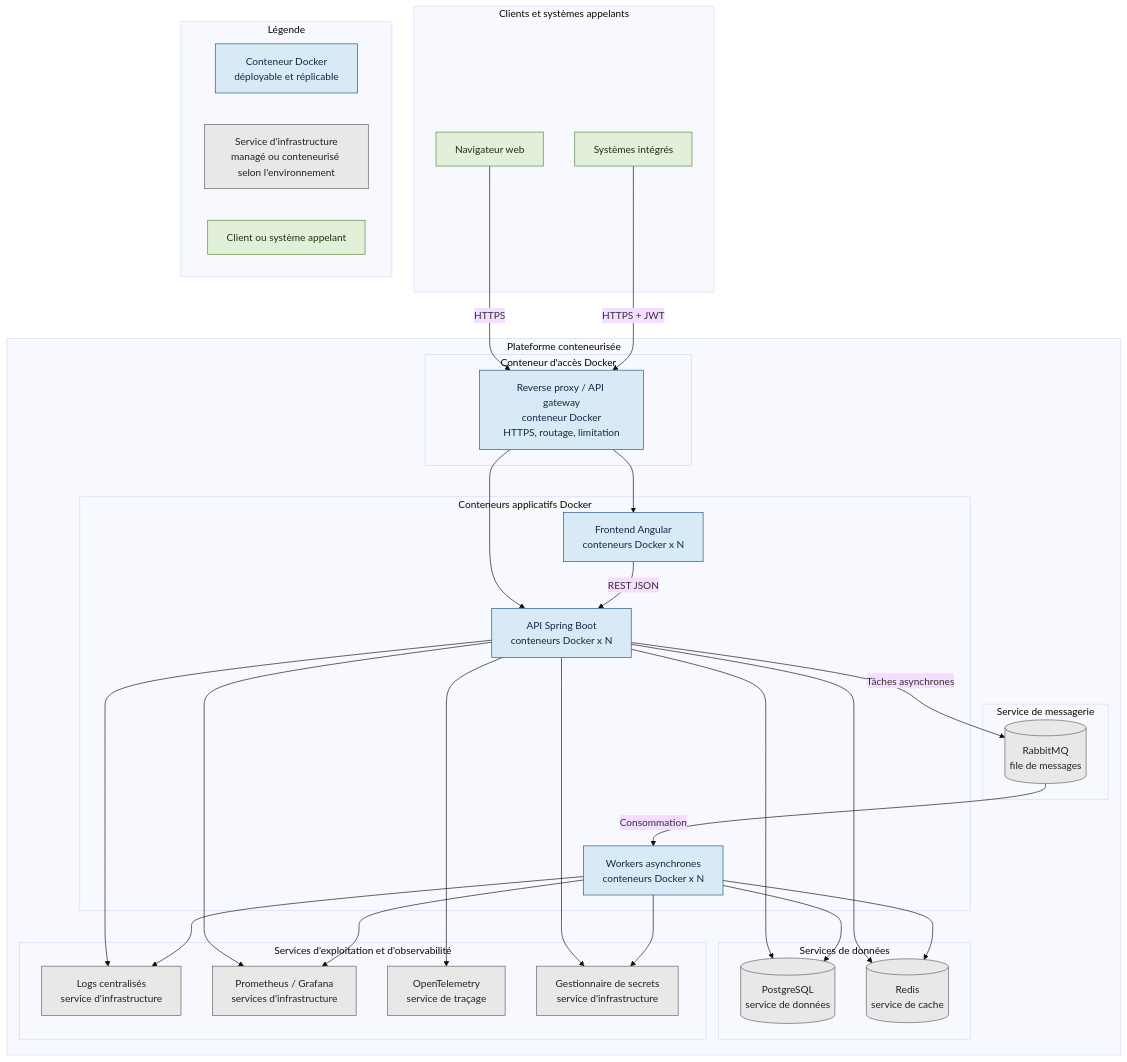
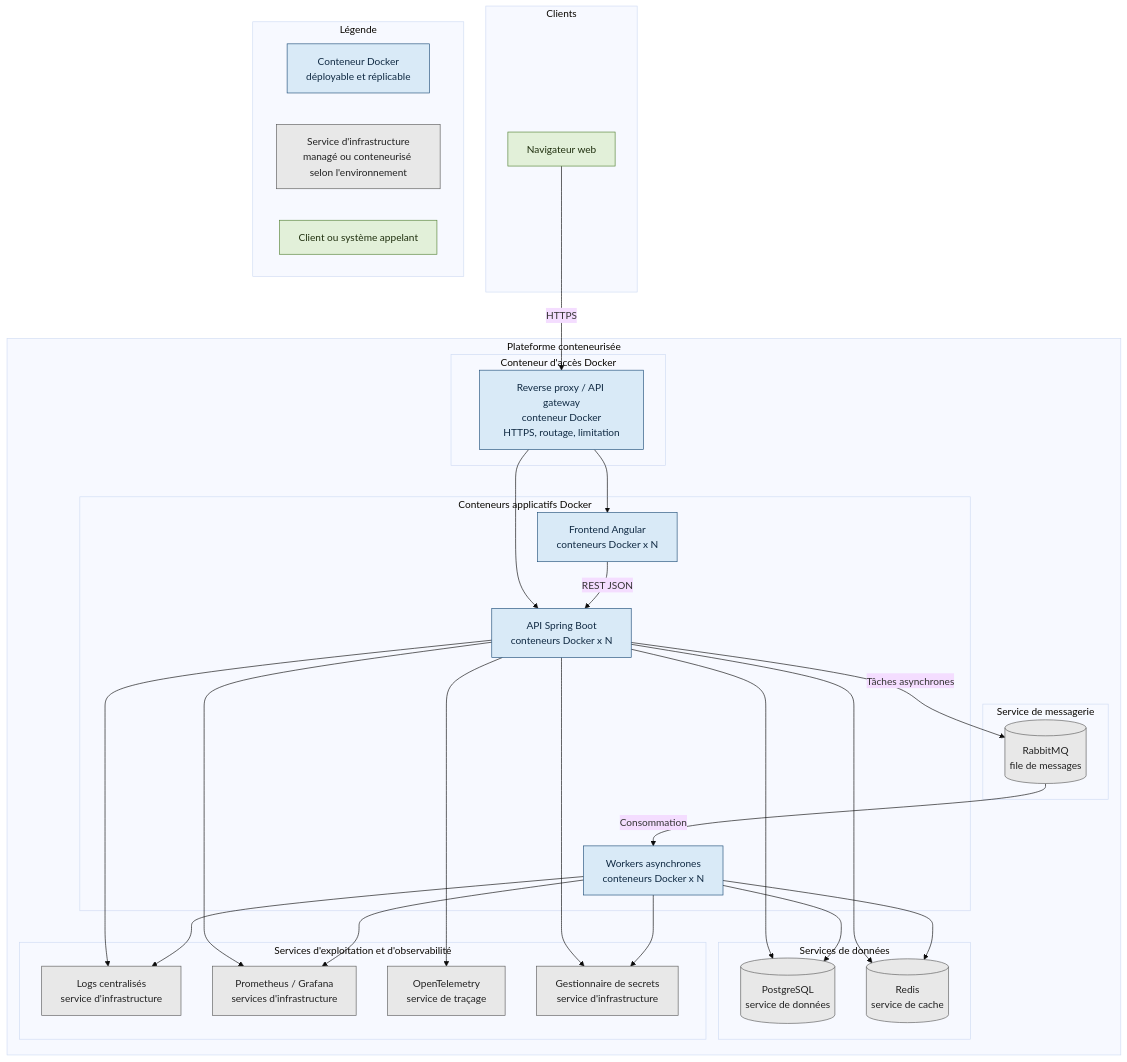
Before and after one commit to Kevin-Renault/Projet-10: the first of 8 diagrams in Livrables/Proposition-Architecture.md, drawn with Mermaid (base theme). The commit also changed other lines of this file and 1 other file, not shown here.

Commit message:
docs: reorganize target architecture and migration strategy

````diff
--- a/Livrables/Proposition-Architecture.md
+++ b/Livrables/Proposition-Architecture.md
@@ -194,76 +144,74 @@
 ```mermaid
 flowchart TB
-  subgraph Clients[Clients et systèmes appelants]
+  subgraph Clients[Clients]
     Browser[Navigateur web]
-    IntegratedSystem[Systèmes intégrés]
   end
 
   subgraph Platform[Plateforme conteneurisée]
     subgraph Edge[Conteneur d'accès Docker]
       Gateway[Reverse proxy / API gateway\nconteneur Docker\nHTTPS, routage, limitation]
     end
 
     subgraph App[Conteneurs applicatifs Docker]
       Frontend[Frontend Angular\nconteneurs Docker x N]
       Backend[API Spring Boot\nconteneurs Docker x N]
       Worker[Workers asynchrones\nconteneurs Docker x N]
     end
 
     subgraph Data[Services de données]
       Database[(PostgreSQL\nservice de données)]
       Cache[(Redis\nservice de cache)]
     end
 
     subgraph Messaging[Service de messagerie]
       Queue[(RabbitMQ\nfile de messages)]
     end
 
     subgraph Ops[Services d'exploitation et d'observabilité]
       Logs[Logs centralisés\nservice d'infrastructure]
       Metrics[Prometheus / Grafana\nservices d'infrastructure]
       Traces[OpenTelemetry\nservice de traçage]
       Secrets[Gestionnaire de secrets\nservice d'infrastructure]
     end
 
   end
 
   subgraph Legend[Légende]
     DockerLegend[Conteneur Docker\ndéployable et réplicable]
     InfraLegend[Service d'infrastructure\nmanagé ou conteneurisé selon l'environnement]
     ClientLegend[Client ou système appelant]
   end
 
   Browser -->|HTTPS| Gateway
-  IntegratedSystem -->|HTTPS + JWT| Gateway
   Gateway --> Frontend
   Gateway --> Backend
   Frontend -->|REST JSON| Backend
   Backend --> Database
   Backend --> Cache
   Backend -->|Tâches asynchrones| Queue
   Queue -->|Consommation| Worker
   Worker --> Database
   Worker --> Cache
   Backend --> Logs
   Worker --> Logs
   Backend --> Metrics
   Worker --> Metrics
   Backend --> Traces
   Backend --> Secrets
   Worker --> Secrets
 
   classDef docker fill:#D9EAF7,stroke:#1F4E79,color:#102A43
   classDef infrastructure fill:#E8E8E8,stroke:#5B5B5B,color:#222222
   classDef client fill:#E2F0D9,stroke:#548235,color:#20300F
   classDef legendDocker fill:#D9EAF7,stroke:#1F4E79,color:#102A43
   classDef legendInfrastructure fill:#E8E8E8,stroke:#5B5B5B,color:#222222
   classDef legendClient fill:#E2F0D9,stroke:#548235,color:#20300F
 
   class Gateway,Frontend,Backend,Worker docker
   class Database,Cache,Queue,Logs,Metrics,Traces,Secrets infrastructure
-  class Browser,IntegratedSystem client
+  class Browser client
   class DockerLegend legendDocker
   class InfraLegend legendInfrastructure
   class ClientLegend legendClient
 
 ```
````
